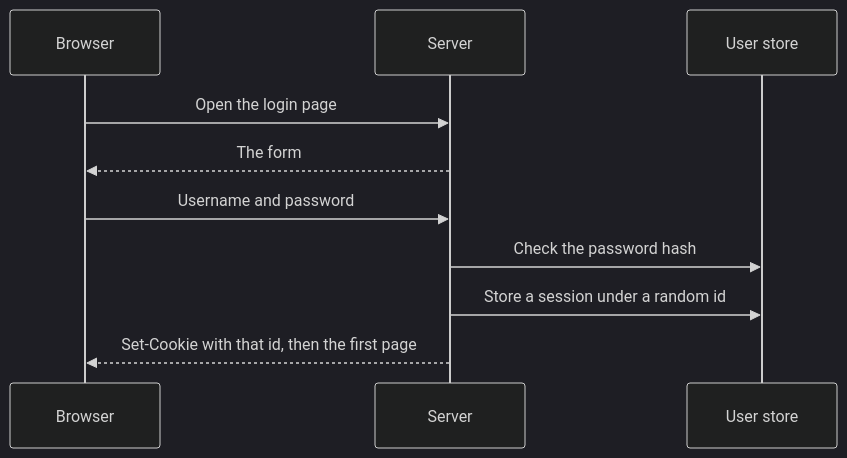
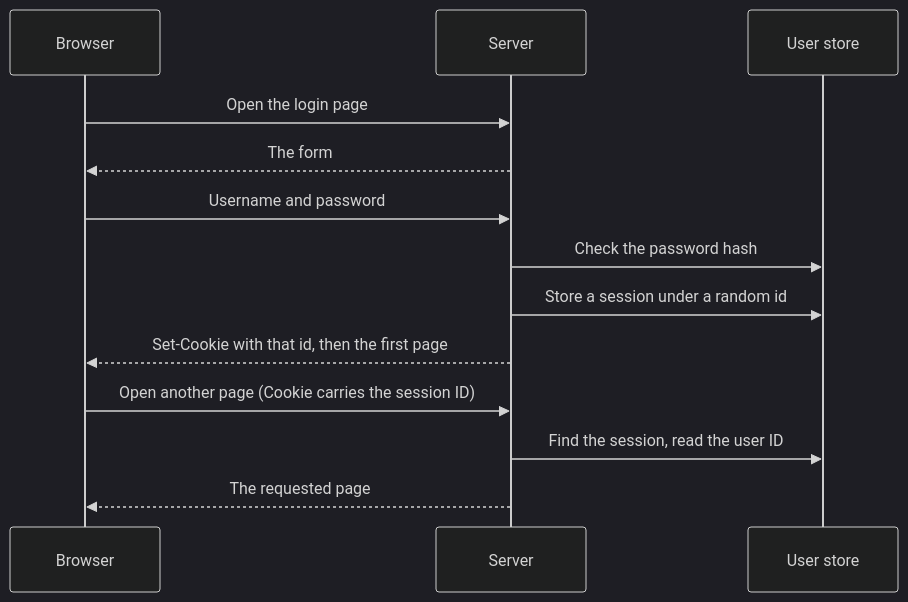
Before and after one commit to tgogos/CS_notes: the first of 6 diagrams in auth/README.md, drawn with Mermaid (dark theme). The commit also changed other lines of this file, not shown here.

Commit message:
Show the cookie coming back on the next request, and give both session designs an expiry the server must check.

````diff
--- a/auth/README.md
+++ b/auth/README.md
@@ -86,13 +85,16 @@
 ```mermaid
 sequenceDiagram
   participant Browser
   participant Server
   participant DB as User store
 
   Browser->>Server: Open the login page
   Server-->>Browser: The form
   Browser->>Server: Username and password
   Server->>DB: Check the password hash
   Server->>DB: Store a session under a random id
   Server-->>Browser: Set-Cookie with that id, then the first page
+  Browser->>Server: Open another page (Cookie carries the session ID)
+  Server->>DB: Find the session, read the user ID
+  Server-->>Browser: The requested page
 ```
````
